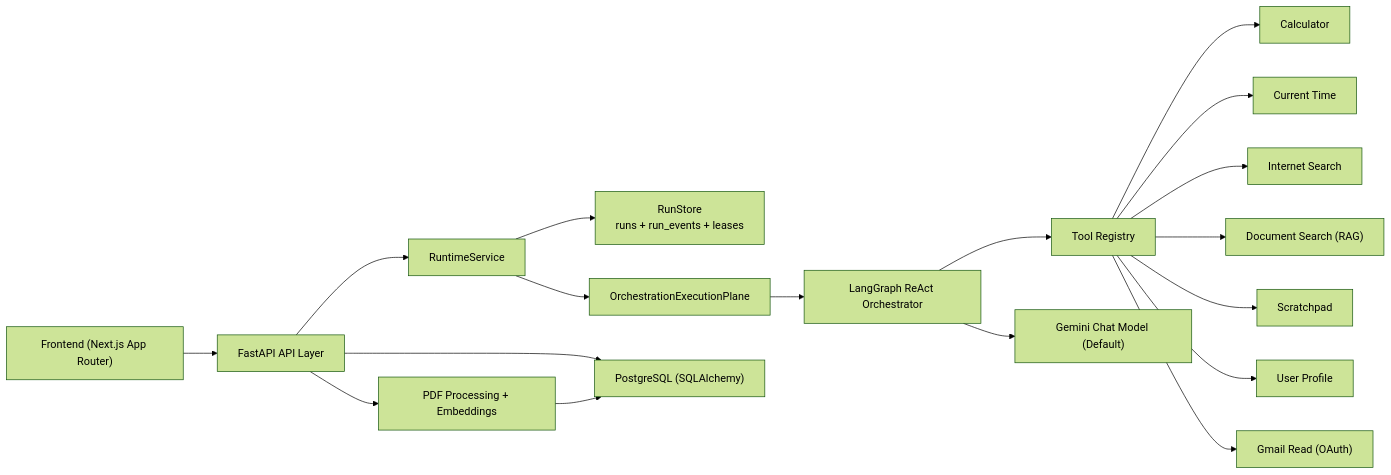
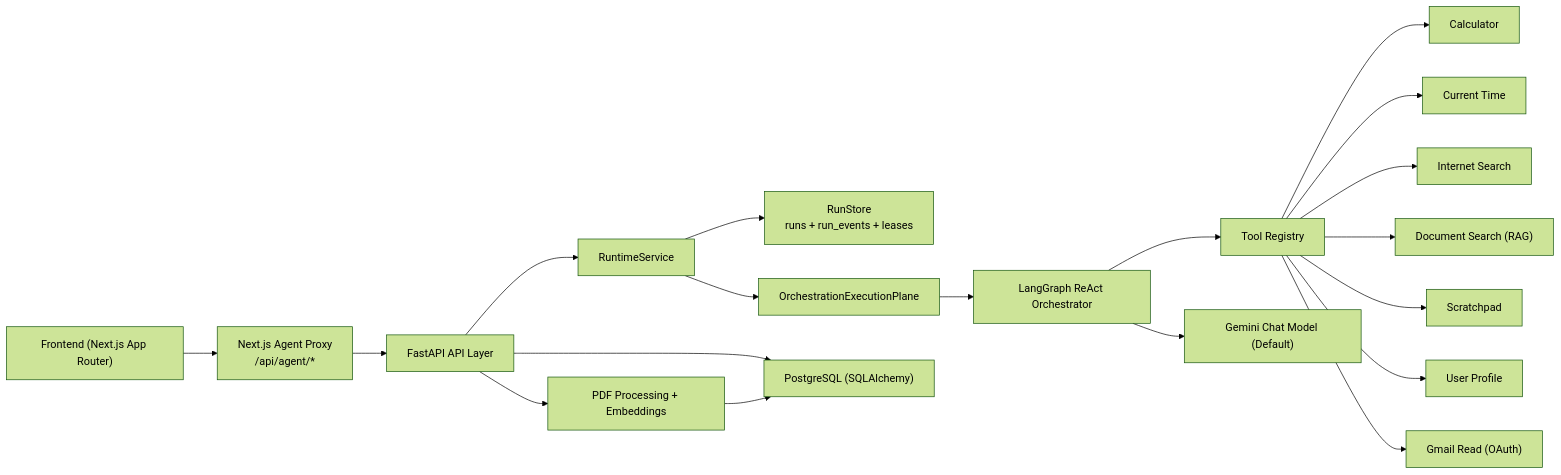
Before and after one commit to gtpooniwala/personal-agent: the diagram in README.md, drawn with Mermaid (forest theme). The commit also changed other lines of this file and 6 other files, not shown here.

````diff
--- a/README.md
+++ b/README.md
@@ -18,22 +18,23 @@
 ```mermaid
 flowchart LR
-    UI["Frontend (Next.js App Router)"] --> API["FastAPI API Layer"]
+    UI["Frontend (Next.js App Router)"] --> PROXY["Next.js Agent Proxy<br/>/api/agent/*"]
+    PROXY --> API["FastAPI API Layer"]
     API --> RT["RuntimeService"]
     RT --> STORE["RunStore<br/>runs + run_events + leases"]
     RT --> PLANE["OrchestrationExecutionPlane"]
     PLANE --> ORCH["LangGraph ReAct Orchestrator"]
     ORCH --> REG["Tool Registry"]
     ORCH --> LLM["Gemini Chat Model (Default)"]
 
     REG --> CALC["Calculator"]
     REG --> TIME["Current Time"]
     REG --> SEARCH["Internet Search"]
     REG --> DOCS["Document Search (RAG)"]
     REG --> PAD["Scratchpad"]
     REG --> PROFILE["User Profile"]
     REG --> GMAIL["Gmail Read (OAuth)"]
 
     API --> DB["PostgreSQL (SQLAlchemy)"]
     API --> DOCPROC["PDF Processing + Embeddings"]
     DOCPROC --> DB
 ```
````
